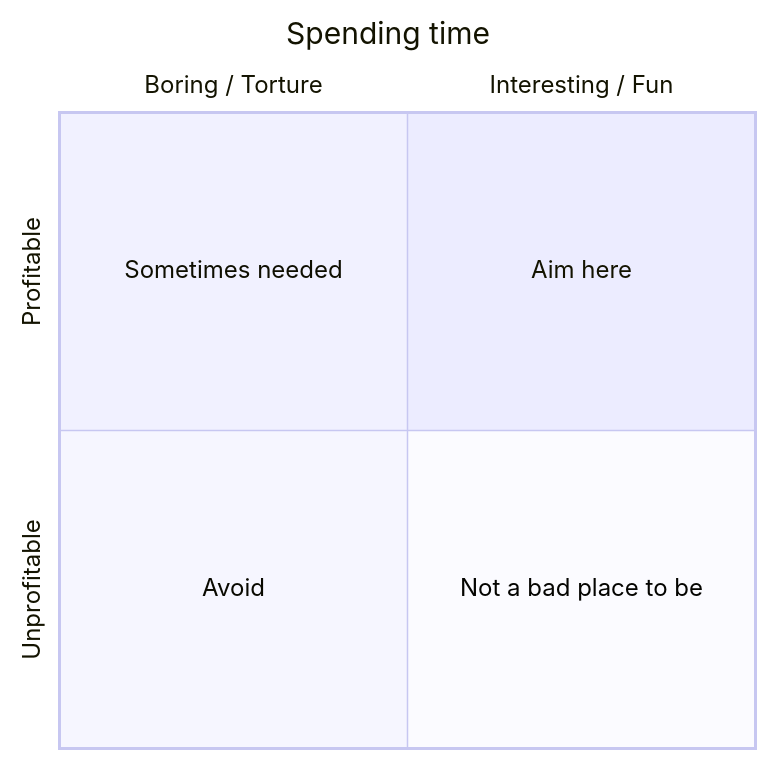
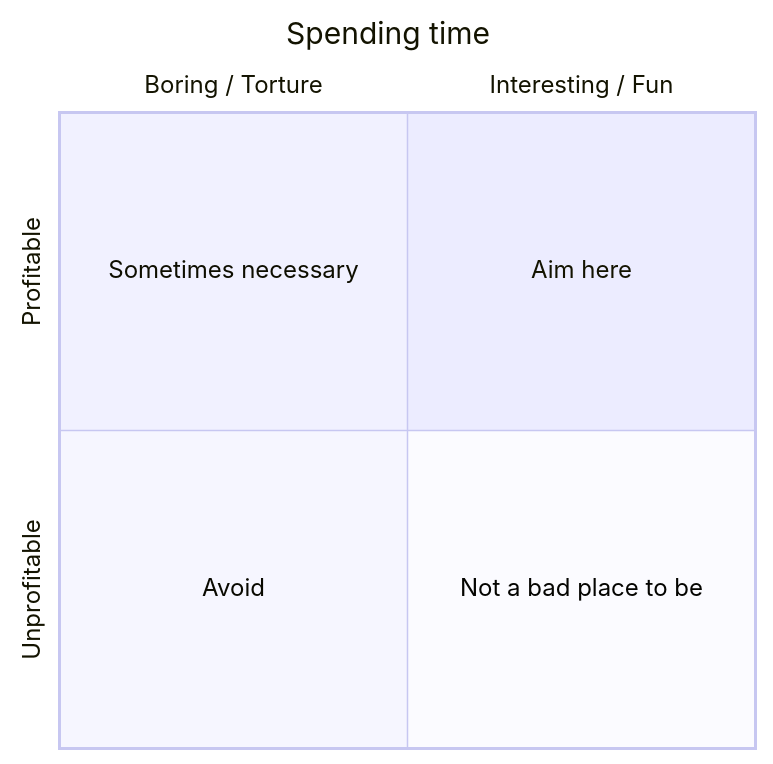
The third of 3 diagrams in content/blog/2025-05-02-building-a-level-builder.md (Frozen-Pizza-Studios/website), drawn with Mermaid before and after one commit. The commit also changed other lines of this file, not shown here.

````diff
--- a/content/blog/2025-05-02-building-a-level-builder.md
+++ b/content/blog/2025-05-02-building-a-level-builder.md
@@ -71,10 +58,10 @@
 ```mermaid
 quadrantChart
   title Spending time
   x-axis Boring / Torture --> Interesting / Fun
   y-axis Unprofitable --> Profitable
   quadrant-1 Aim here
-  quadrant-2 Sometimes needed
+  quadrant-2 Sometimes necessary
   quadrant-3 Avoid
   quadrant-4 Not a bad place to be
 ```
````
